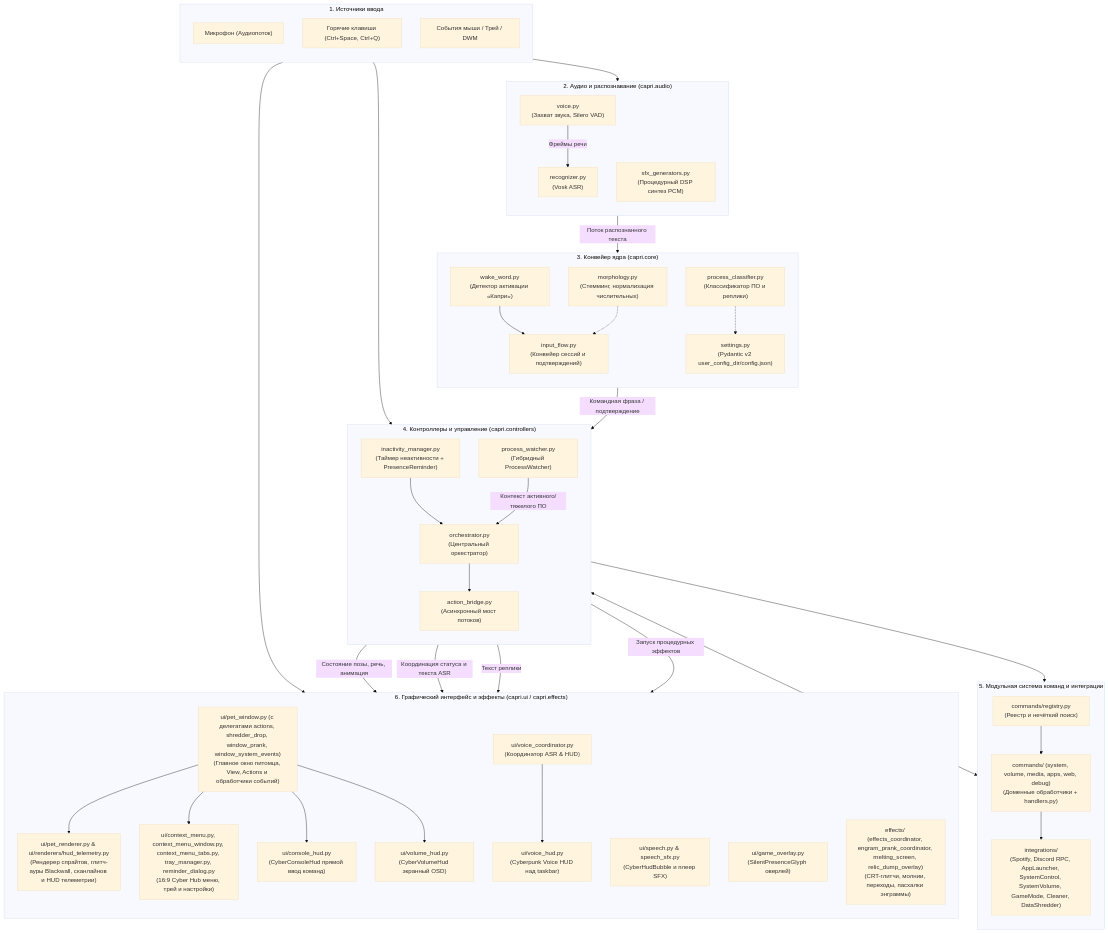
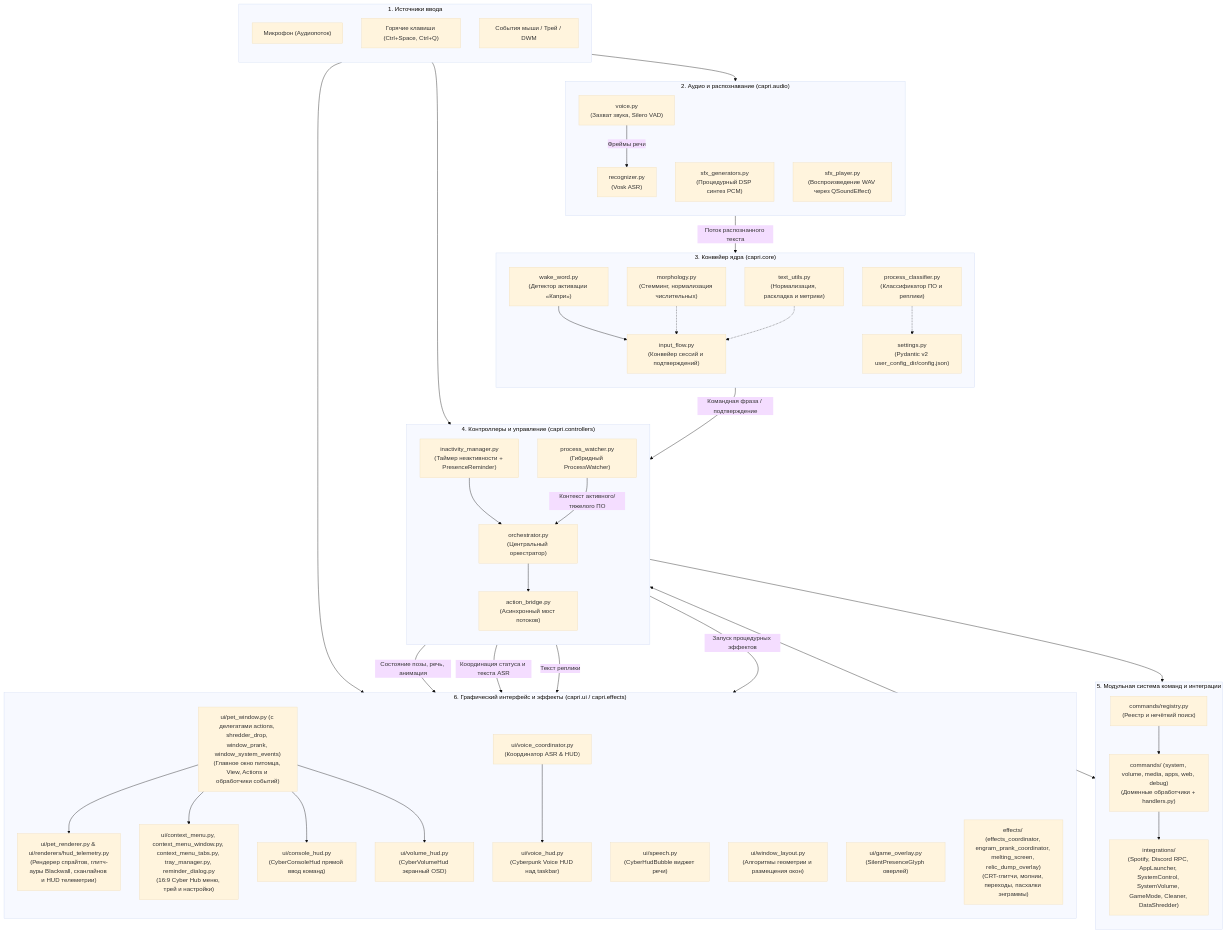
One commit to xTerionsilker/CapriPet-Python changed the first of 6 diagrams in docs/architecture.md. Above: the diagram before and after it, drawn with Mermaid (base theme). The commit also changed other lines of this file and 35 other files, not shown here.

Commit message:
refactor(core): decouple text utils, window layout and sfx player

```diff
--- a/docs/architecture.md
+++ b/docs/architecture.md
@@ -22,6 +22,7 @@
         Voice["voice.py<br/>(Захват звука, Silero VAD)"]
         ASR["recognizer.py<br/>(Vosk ASR)"]
         SFXGen["sfx_generators.py<br/>(Процедурный DSP синтез PCM)"]
+        SFXPlayer["sfx_player.py<br/>(Воспроизведение WAV через QSoundEffect)"]
         Voice -->|Фреймы речи| ASR
     end
 
@@ -31,11 +32,13 @@
         WakeWord["wake_word.py<br/>(Детектор активации «Капри»)"]
         InputFlow["input_flow.py<br/>(Конвейер сессий и подтверждений)"]
         Morphology["morphology.py<br/>(Стемминг, нормализация числительных)"]
+        TextUtils["text_utils.py<br/>(Нормализация, раскладка и метрики)"]
         Classifier["process_classifier.py<br/>(Классификатор ПО и реплики)"]
         Settings["settings.py<br/>(Pydantic v2 user_config_dir/config.json)"]
 
         WakeWord --> InputFlow
         Morphology -.-> InputFlow
+        TextUtils -.-> InputFlow
         Classifier -.-> Settings
     end
 
@@ -69,7 +72,8 @@
         VoiceCoord["ui/voice_coordinator.py<br/>(Координатор ASR & HUD)"]
         VoiceHUD["ui/voice_hud.py<br/>(Cyberpunk Voice HUD над taskbar)"]
         VolumeHUD["ui/volume_hud.py<br/>(CyberVolumeHud экранный OSD)"]
-        SpeechHUD["ui/speech.py & speech_sfx.py<br/>(CyberHudBubble и плеер SFX)"]
+        SpeechHUD["ui/speech.py<br/>(CyberHudBubble виджет речи)"]
+        WindowLayout["ui/window_layout.py<br/>(Алгоритмы геометрии и размещения окон)"]
         GameOverlay["ui/game_overlay.py<br/>(SilentPresenceGlyph оверлей)"]
         Effects["effects/ (effects_coordinator, engram_prank_coordinator, melting_screen, relic_dump_overlay)<br/>(CRT-глитчи, молнии, переходы, пасхалки энграммы)"]
 
```
